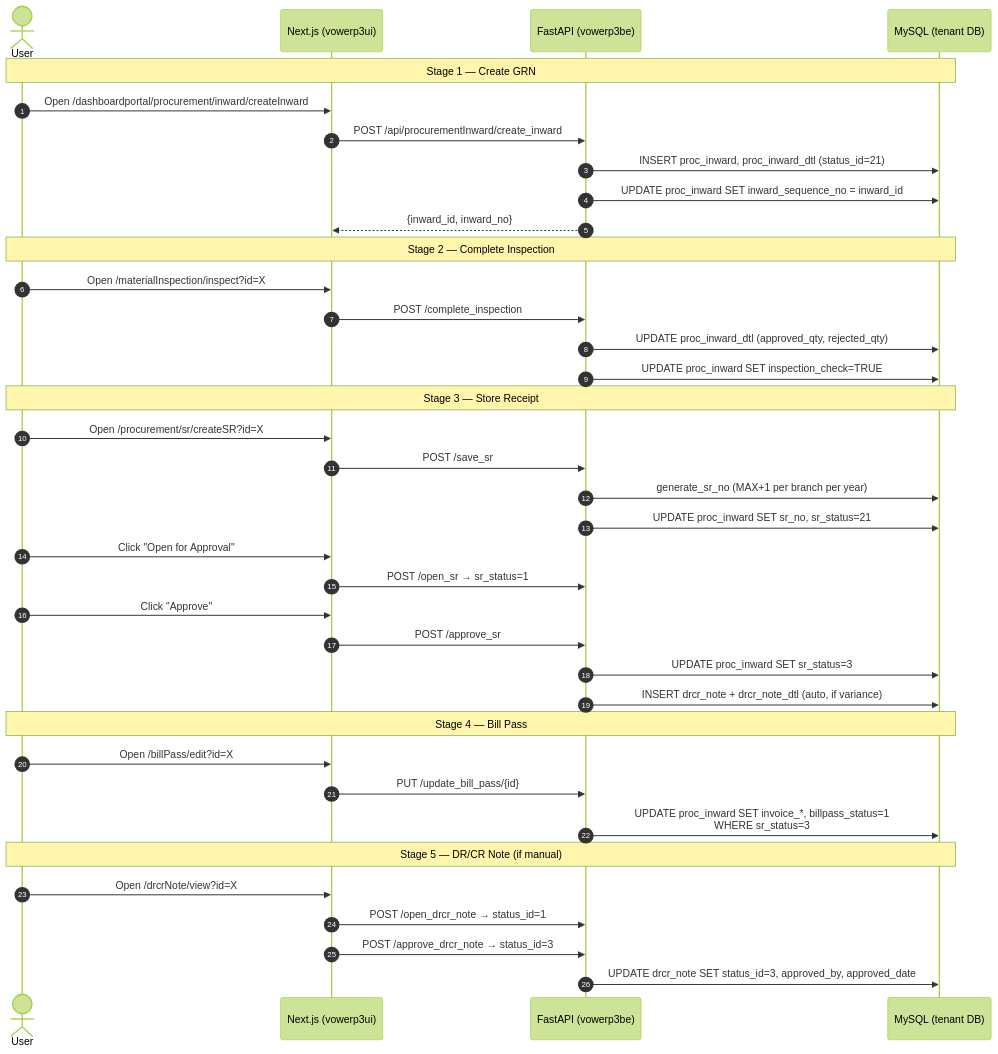
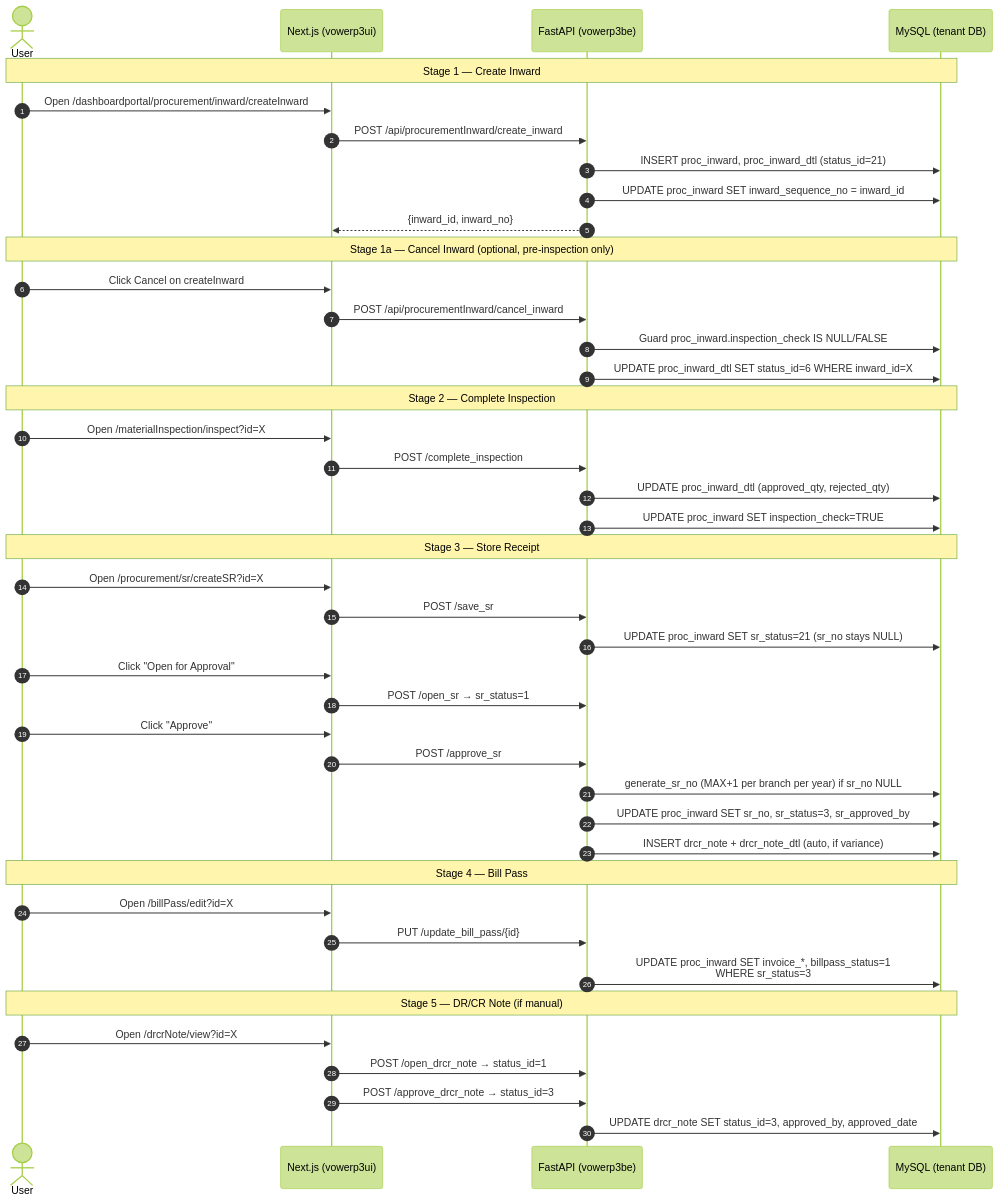
One commit to tarunsadhukhan/sjmvowerp3be changed the sixth of 6 diagrams in docs/procurement-inward-to-bill-pass-approval-flows.md. Above: the diagram before and after it, drawn with Mermaid (forest theme). The commit also changed other lines of this file and 195 other files, not shown here.

````diff
--- a/docs/procurement-inward-to-bill-pass-approval-flows.md
+++ b/docs/procurement-inward-to-bill-pass-approval-flows.md
@@ -623,44 +630,50 @@
 ```mermaid
 sequenceDiagram
     autonumber
     actor User
     participant FE as Next.js (vowerp3ui)
     participant BE as FastAPI (vowerp3be)
     participant DB as MySQL (tenant DB)
 
-    Note over User,DB: Stage 1 — Create GRN
+    Note over User,DB: Stage 1 — Create Inward
     User->>FE: Open /dashboardportal/procurement/inward/createInward
     FE->>BE: POST /api/procurementInward/create_inward
     BE->>DB: INSERT proc_inward, proc_inward_dtl (status_id=21)
     BE->>DB: UPDATE proc_inward SET inward_sequence_no = inward_id
     BE-->>FE: {inward_id, inward_no}
+
+    Note over User,DB: Stage 1a — Cancel Inward (optional, pre-inspection only)
+    User->>FE: Click Cancel on createInward
+    FE->>BE: POST /api/procurementInward/cancel_inward
+    BE->>DB: Guard proc_inward.inspection_check IS NULL/FALSE
+    BE->>DB: UPDATE proc_inward_dtl SET status_id=6 WHERE inward_id=X
 
     Note over User,DB: Stage 2 — Complete Inspection
     User->>FE: Open /materialInspection/inspect?id=X
     FE->>BE: POST /complete_inspection
     BE->>DB: UPDATE proc_inward_dtl (approved_qty, rejected_qty)
     BE->>DB: UPDATE proc_inward SET inspection_check=TRUE
 
     Note over User,DB: Stage 3 — Store Receipt
     User->>FE: Open /procurement/sr/createSR?id=X
     FE->>BE: POST /save_sr
-    BE->>DB: generate_sr_no (MAX+1 per branch per year)
-    BE->>DB: UPDATE proc_inward SET sr_no, sr_status=21
+    BE->>DB: UPDATE proc_inward SET sr_status=21 (sr_no stays NULL)
     User->>FE: Click "Open for Approval"
     FE->>BE: POST /open_sr → sr_status=1
     User->>FE: Click "Approve"
     FE->>BE: POST /approve_sr
-    BE->>DB: UPDATE proc_inward SET sr_status=3
+    BE->>DB: generate_sr_no (MAX+1 per branch per year) if sr_no NULL
+    BE->>DB: UPDATE proc_inward SET sr_no, sr_status=3, sr_approved_by
     BE->>DB: INSERT drcr_note + drcr_note_dtl (auto, if variance)
 
     Note over User,DB: Stage 4 — Bill Pass
     User->>FE: Open /billPass/edit?id=X
     FE->>BE: PUT /update_bill_pass/{id}
     BE->>DB: UPDATE proc_inward SET invoice_*, billpass_status=1<br/>WHERE sr_status=3
 
     Note over User,DB: Stage 5 — DR/CR Note (if manual)
     User->>FE: Open /drcrNote/view?id=X
     FE->>BE: POST /open_drcr_note → status_id=1
     FE->>BE: POST /approve_drcr_note → status_id=3
     BE->>DB: UPDATE drcr_note SET status_id=3, approved_by, approved_date
 ```
````
